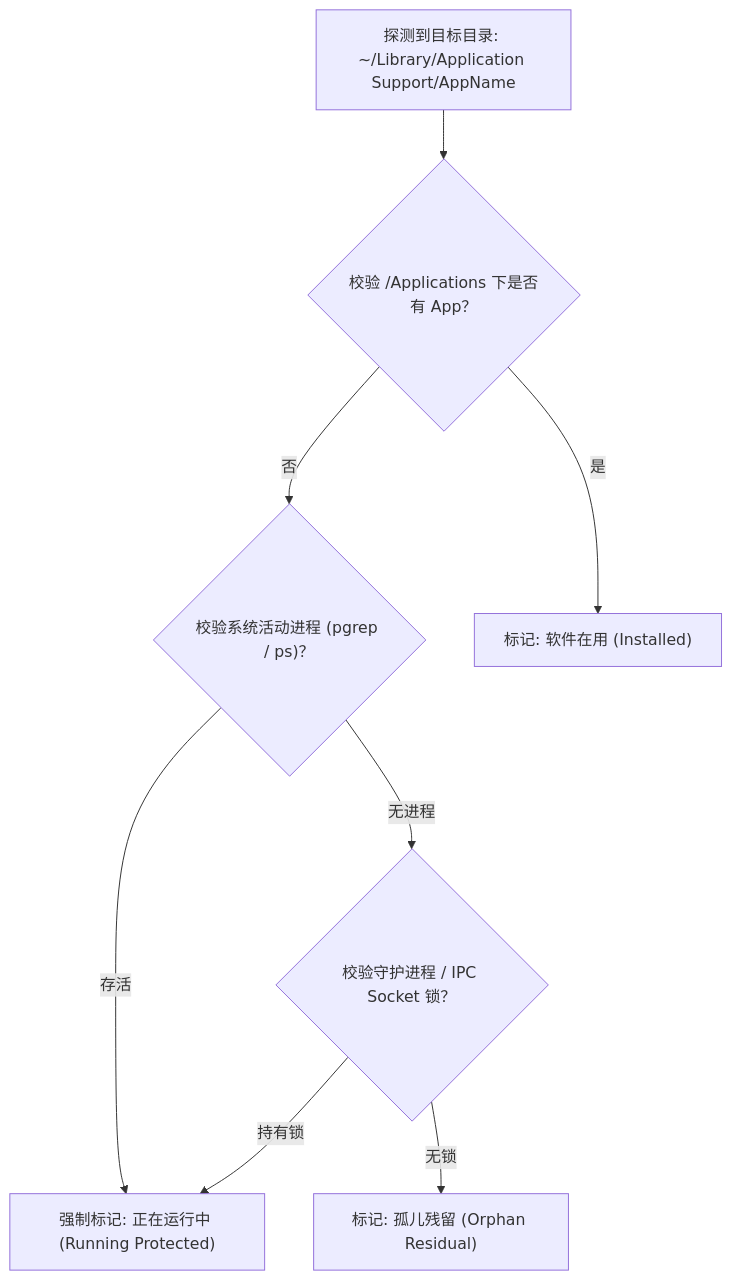
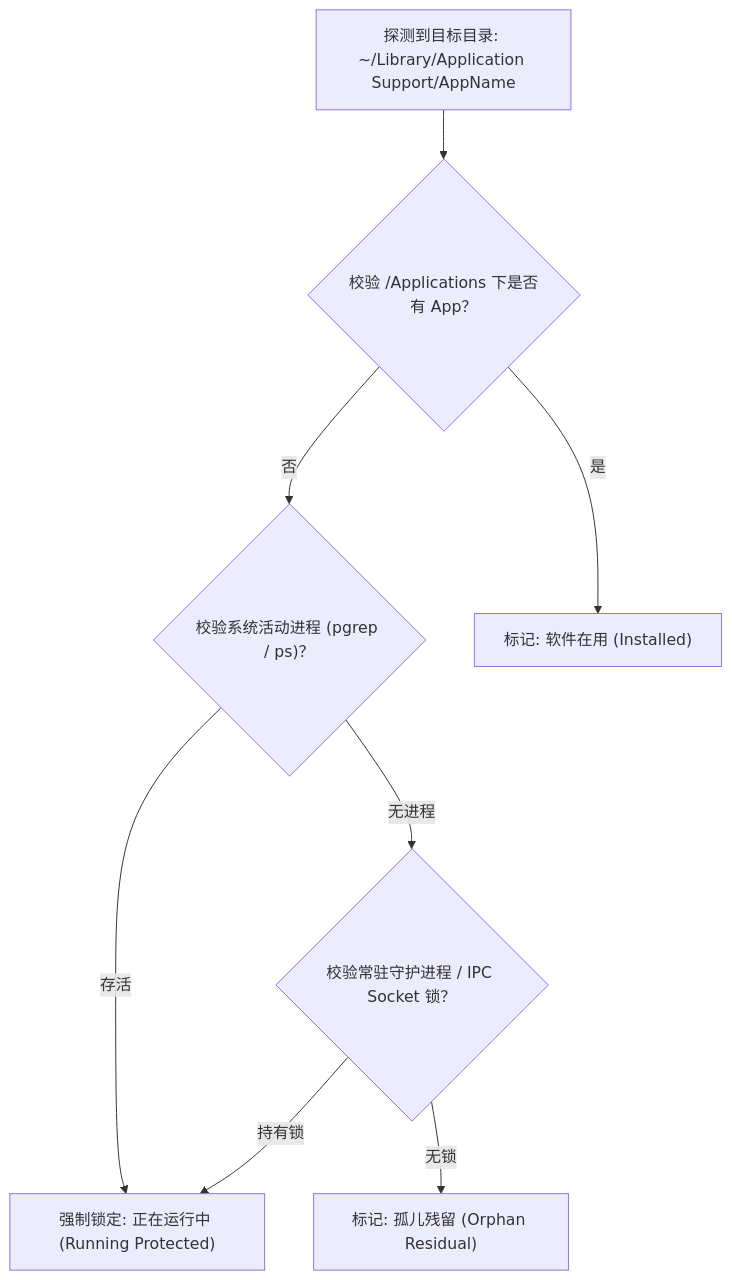
Before and after one commit to yourwayai/sea-otter: the first of 3 diagrams in docs/architecture-and-lessons-learned.md, drawn with Mermaid. The commit also changed other lines of this file and 6 other files, not shown here.

Commit message:
feat: implement four-tier safety risk matrix (L1-L4) and update architecture guide to v1.2

````diff
--- a/docs/architecture-and-lessons-learned.md
+++ b/docs/architecture-and-lessons-learned.md
@@ -33,12 +42,12 @@
 ```mermaid
 flowchart TD
     Scan["探测到目标目录: ~/Library/Application Support/AppName"] --> Step1{"校验 /Applications 下是否有 App？"}
     Step1 -- 否 --> Step2{"校验系统活动进程 (pgrep / ps)？"}
     Step1 -- 是 --> MarkInstalled["标记: 软件在用 (Installed)"]
     
-    Step2 -- 存活 --> MarkRunning["强制标记: 正在运行中 (Running Protected)"]
-    Step2 -- 无进程 --> Step3{"校验守护进程 / IPC Socket 锁？"}
+    Step2 -- 存活 --> MarkRunning["强制锁定: 正在运行中 (Running Protected)"]
+    Step2 -- 无进程 --> Step3{"校验常驻守护进程 / IPC Socket 锁？"}
     
     Step3 -- 持有锁 --> MarkRunning
     Step3 -- 无锁 --> MarkOrphan["标记: 孤儿残留 (Orphan Residual)"]
 ```
````
